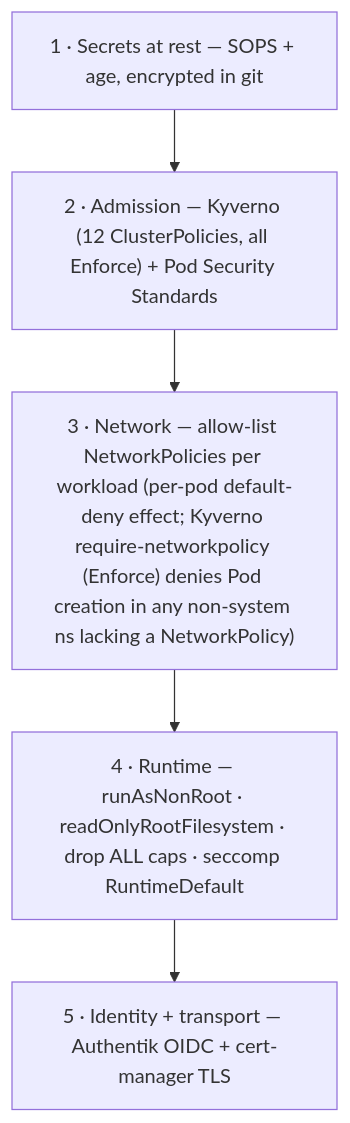
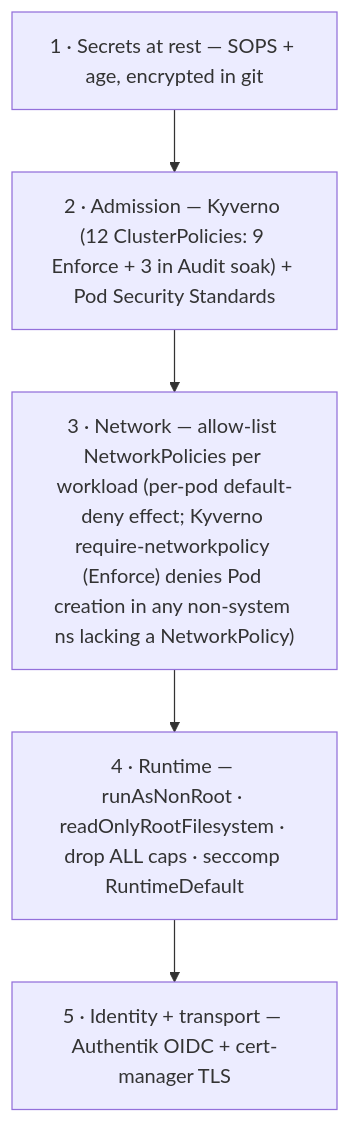
One commit to AKhozya/homelab changed the fourth of 4 diagrams in docs/ARCHITECTURE.md. Above: the diagram before and after it, drawn with Mermaid. The commit also changed other lines of this file and 11 other files, not shown here.

````diff
--- a/docs/ARCHITECTURE.md
+++ b/docs/ARCHITECTURE.md
@@ -98,9 +98,9 @@
 ```mermaid
 flowchart TB
   L1["1 · Secrets at rest — SOPS + age, encrypted in git"]
-  L2["2 · Admission — Kyverno (12 ClusterPolicies, all Enforce) + Pod Security Standards"]
+  L2["2 · Admission — Kyverno (12 ClusterPolicies: 9 Enforce + 3 in Audit soak) + Pod Security Standards"]
   L3["3 · Network — allow-list NetworkPolicies per workload (per-pod default-deny effect; Kyverno require-networkpolicy (Enforce) denies Pod creation in any non-system ns lacking a NetworkPolicy)"]
   L4["4 · Runtime — runAsNonRoot · readOnlyRootFilesystem · drop ALL caps · seccomp RuntimeDefault"]
   L5["5 · Identity + transport — Authentik OIDC + cert-manager TLS"]
   L1 --> L2 --> L3 --> L4 --> L5
 ```
````
